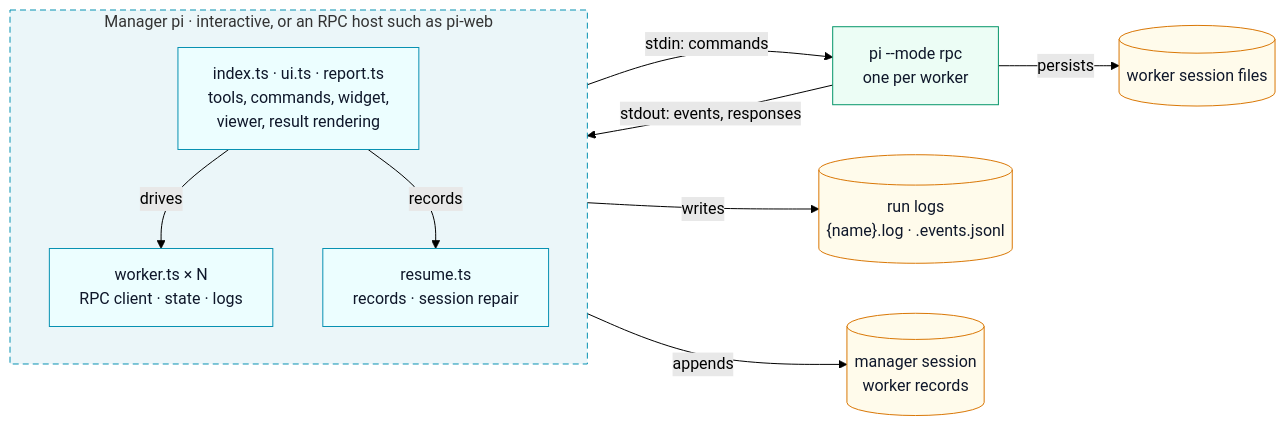
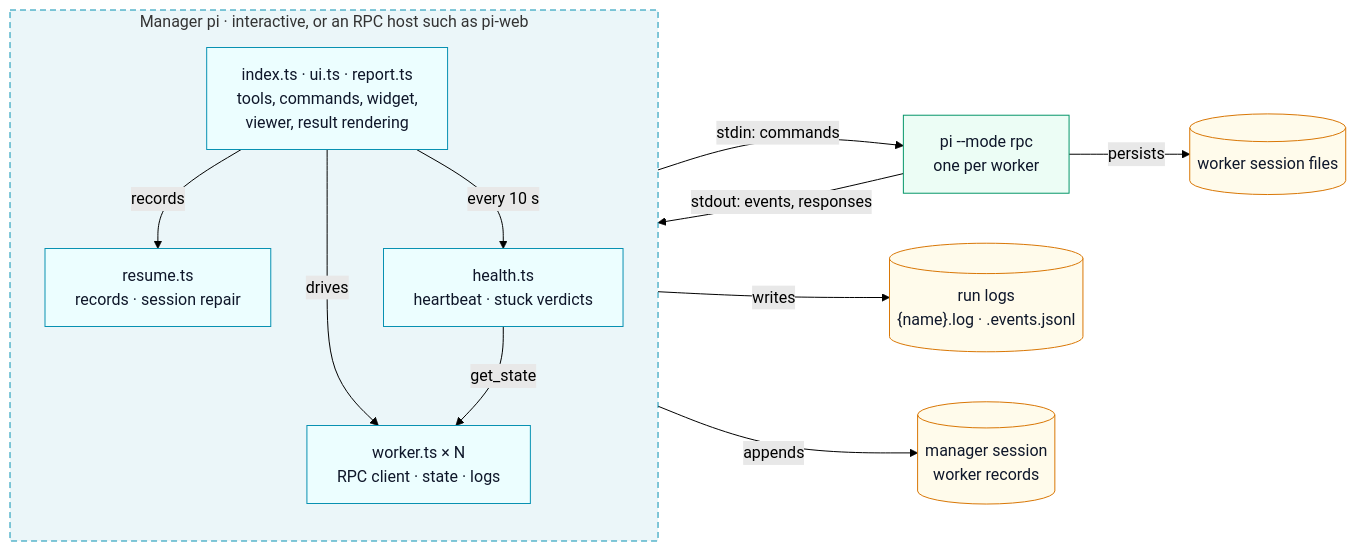
Before and after one commit to laminko/pi-multi-agent: the first of 2 diagrams in docs/architecture.md, drawn with Mermaid (forest theme). The commit also changed other lines of this file and 16 other files, not shown here.

````diff
--- a/docs/architecture.md
+++ b/docs/architecture.md
@@ -7,28 +7,31 @@
 ```mermaid
 flowchart LR
     subgraph MGR["Manager pi · interactive, or an RPC host such as pi-web"]
         direction TB
         CORE["index.ts · ui.ts · report.ts<br/>tools, commands, widget,<br/>viewer, result rendering"]
         WK["worker.ts × N<br/>RPC client · state · logs"]
         RES["resume.ts<br/>records · session repair"]
+        HEALTH["health.ts<br/>heartbeat · stuck verdicts"]
         CORE -- drives --> WK
         CORE -- records --> RES
+        CORE -- every 10 s --> HEALTH
+        HEALTH -- get_state --> WK
     end
     PI["pi --mode rpc<br/>one per worker"]
     LOGS[("run logs<br/>{name}.log · .events.jsonl")]
     WSESS[("worker session files")]
     MSESS[("manager session<br/>worker records")]
     WK -- "stdin: commands" --> PI
     PI -- "stdout: events, responses" --> WK
     WK -- writes --> LOGS
     PI -- persists --> WSESS
     RES -- appends --> MSESS
 
     classDef manager fill:#ECFEFF,stroke:#0891B2,color:#0F172A
     classDef worker fill:#ECFDF5,stroke:#059669,color:#0F172A
     classDef file fill:#FFFBEB,stroke:#D97706,color:#0F172A
-    class CORE,WK,RES manager
+    class CORE,WK,RES,HEALTH manager
     class PI worker
     class LOGS,WSESS,MSESS file
     style MGR fill:#0891B214,stroke:#0891B2,stroke-dasharray:6 4
 ```
````
